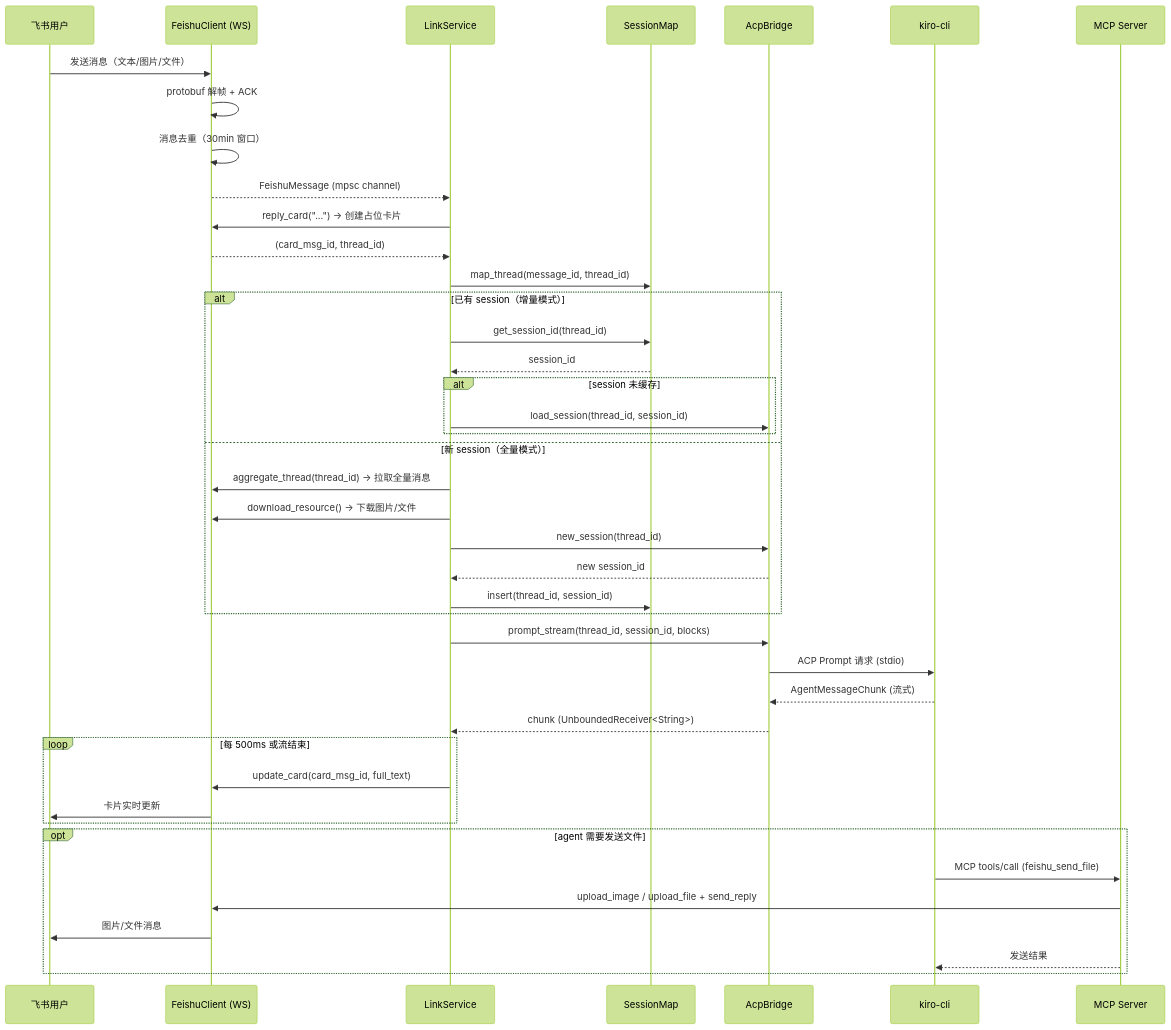
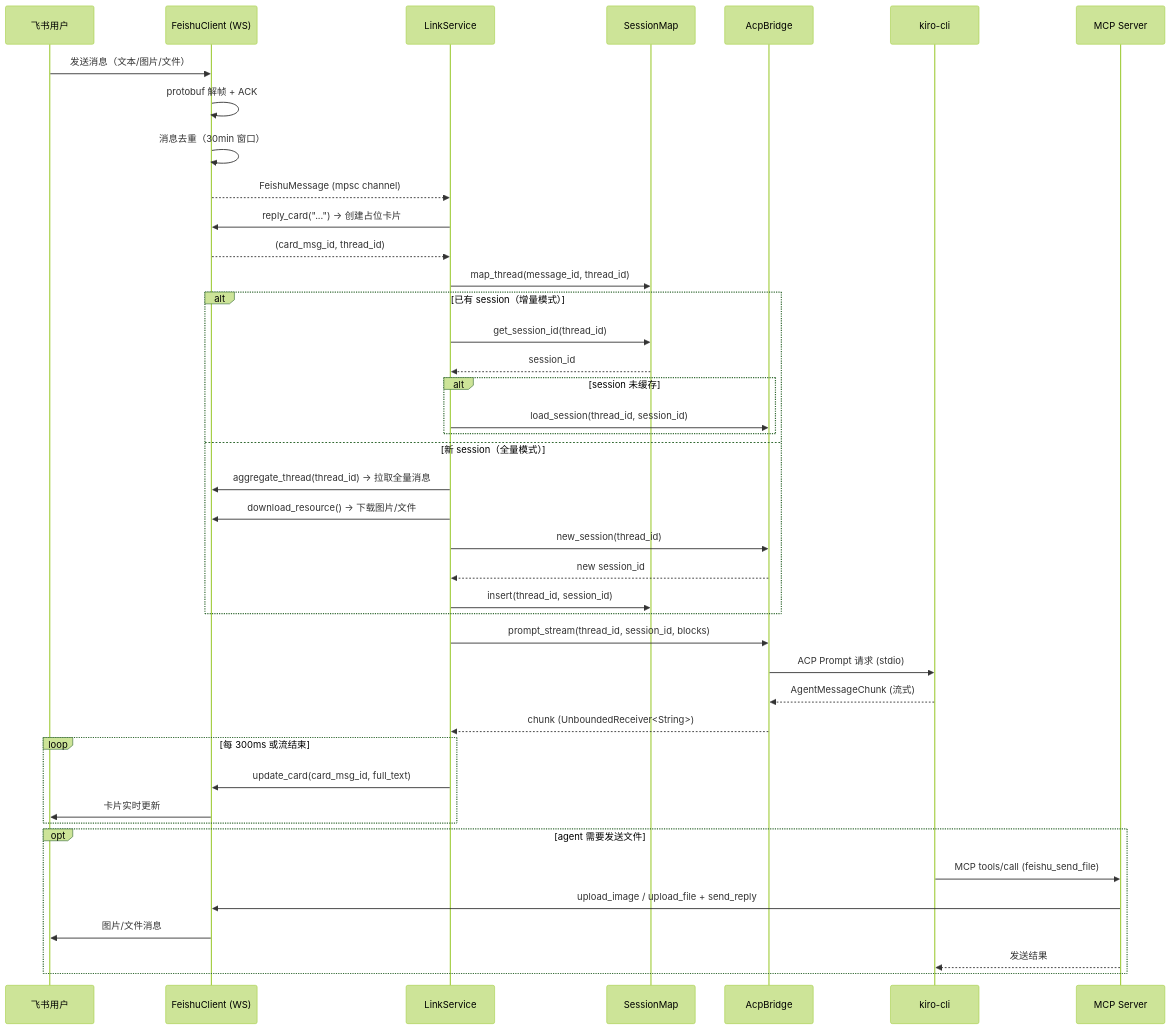
Before and after one commit to xufanglin/acp-link: the second of 3 diagrams in docs/architecture.md, drawn with Mermaid (forest theme). The commit also changed other lines of this file and 14 other files, not shown here.

````diff
--- a/docs/architecture.md
+++ b/docs/architecture.md
@@ -59,50 +59,50 @@
 ```mermaid
 sequenceDiagram
     participant U as 飞书用户
     participant F as FeishuClient (WS)
     participant L as LinkService
     participant S as SessionMap
     participant A as AcpBridge
     participant K as kiro-cli
     participant M as MCP Server
 
     U->>F: 发送消息（文本/图片/文件）
     F->>F: protobuf 解帧 + ACK
     F->>F: 消息去重（30min 窗口）
     F-->>L: FeishuMessage (mpsc channel)
 
     L->>F: reply_card("...") → 创建占位卡片
     F-->>L: (card_msg_id, thread_id)
     L->>S: map_thread(message_id, thread_id)
 
     alt 已有 session（增量模式）
         L->>S: get_session_id(thread_id)
         S-->>L: session_id
         alt session 未缓存
             L->>A: load_session(thread_id, session_id)
         end
     else 新 session（全量模式）
         L->>F: aggregate_thread(thread_id) → 拉取全量消息
         L->>F: download_resource() → 下载图片/文件
         L->>A: new_session(thread_id)
         A-->>L: new session_id
         L->>S: insert(thread_id, session_id)
     end
 
     L->>A: prompt_stream(thread_id, session_id, blocks)
     A->>K: ACP Prompt 请求 (stdio)
     K-->>A: AgentMessageChunk (流式)
     A-->>L: chunk (UnboundedReceiver<String>)
 
-    loop 每 500ms 或流结束
+    loop 每 300ms 或流结束
         L->>F: update_card(card_msg_id, full_text)
         F->>U: 卡片实时更新
     end
 
     opt agent 需要发送文件
         K->>M: MCP tools/call (feishu_send_file)
         M->>F: upload_image / upload_file + send_reply
         F->>U: 图片/文件消息
         M-->>K: 发送结果
     end
 ```
````
